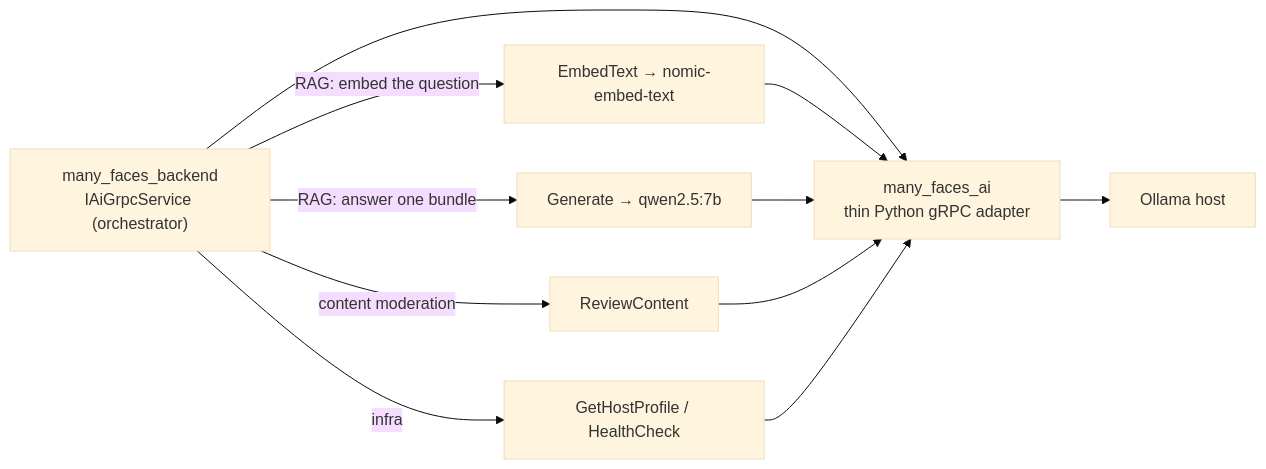
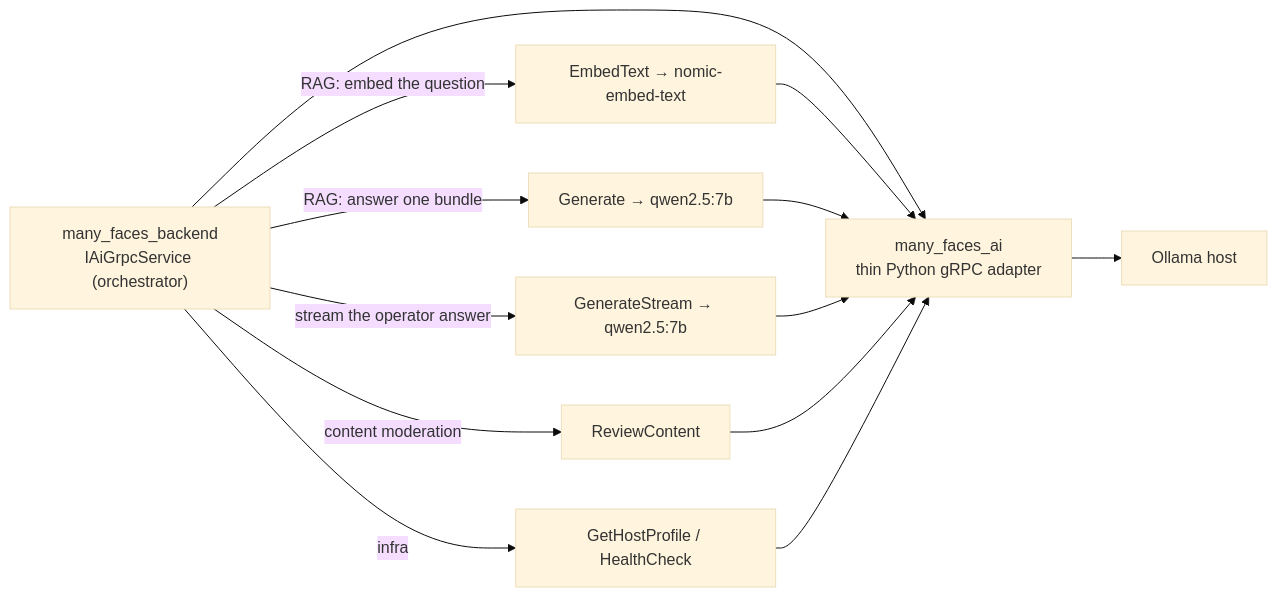
Before and after one commit to 01laky/many_faces_ai: the diagram in README.md, drawn with Mermaid (base theme). The commit also changed other lines of this file and 11 other files, not shown here.

````diff
--- a/README.md
+++ b/README.md
@@ -37,13 +37,15 @@
 ```mermaid
 flowchart LR
     be["many_faces_backend<br/>IAiGrpcService (orchestrator)"] --> grpc["many_faces_ai<br/>thin Python gRPC adapter"]
     grpc --> ollama["Ollama host"]
     be -->|"RAG: embed the question"| embed["EmbedText → nomic-embed-text"]
     be -->|"RAG: answer one bundle"| gen["Generate → qwen2.5:7b"]
+    be -->|"stream the operator answer"| stream["GenerateStream → qwen2.5:7b"]
     be -->|"content moderation"| review["ReviewContent"]
     be -->|"infra"| profile["GetHostProfile / HealthCheck"]
     embed --> grpc
     gen --> grpc
+    stream --> grpc
     review --> grpc
     profile --> grpc
 ```
````
